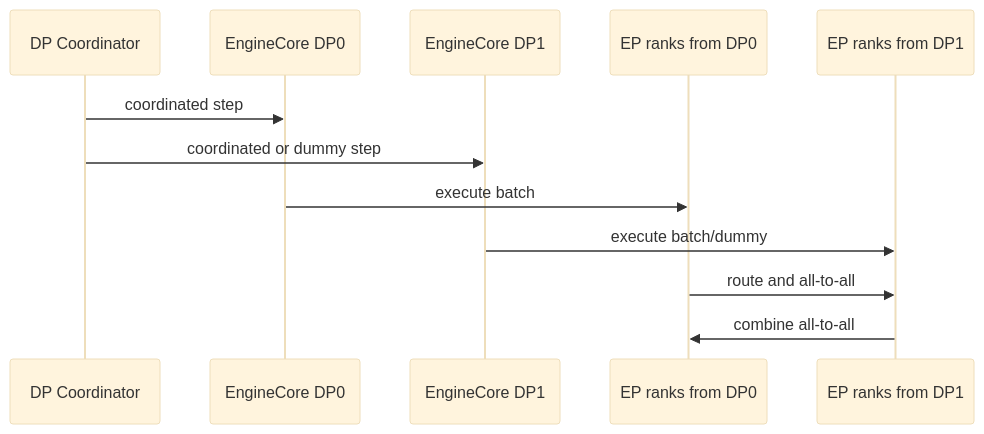
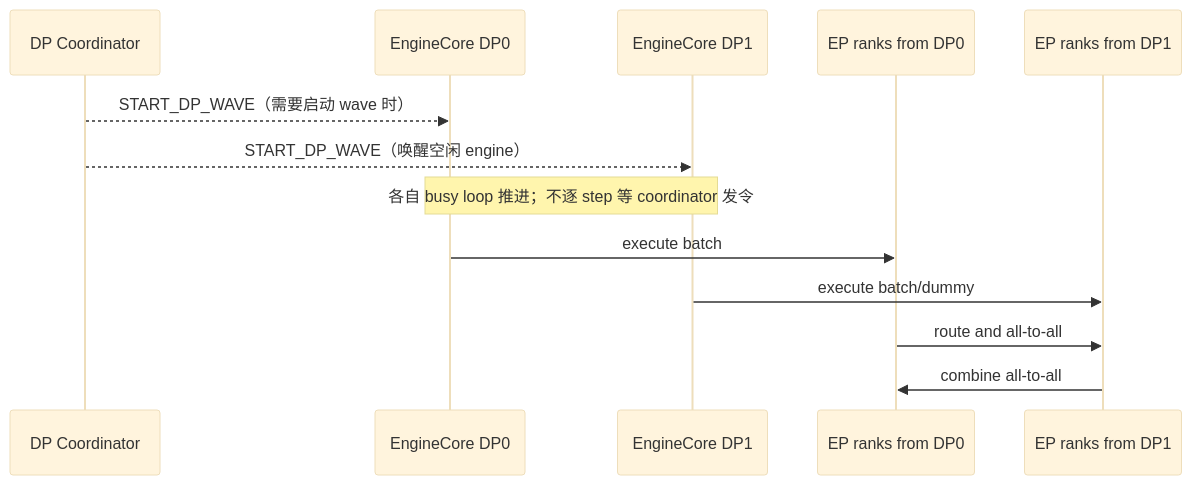
Diagram 24 of 26 in book/09-distributed/README.md (cluster1900/vllm_reader), drawn with Mermaid (base theme) before and after one commit. The commit also changed other lines of this file and 38 other files, not shown here.

````diff
--- a/book/09-distributed/README.md
+++ b/book/09-distributed/README.md
@@ -1124,14 +1172,15 @@
 ```mermaid
 sequenceDiagram
     participant C as DP Coordinator
     participant E0 as EngineCore DP0
     participant E1 as EngineCore DP1
     participant W0 as EP ranks from DP0
     participant W1 as EP ranks from DP1
-    C->>E0: coordinated step
-    C->>E1: coordinated or dummy step
+    C-->>E0: START_DP_WAVE（需要启动 wave 时）
+    C-->>E1: START_DP_WAVE（唤醒空闲 engine）
+    Note over E0,E1: 各自 busy loop 推进；不逐 step 等 coordinator 发令
     E0->>W0: execute batch
     E1->>W1: execute batch/dummy
     W0->>W1: route and all-to-all
     W1->>W0: combine all-to-all
 ```
````
